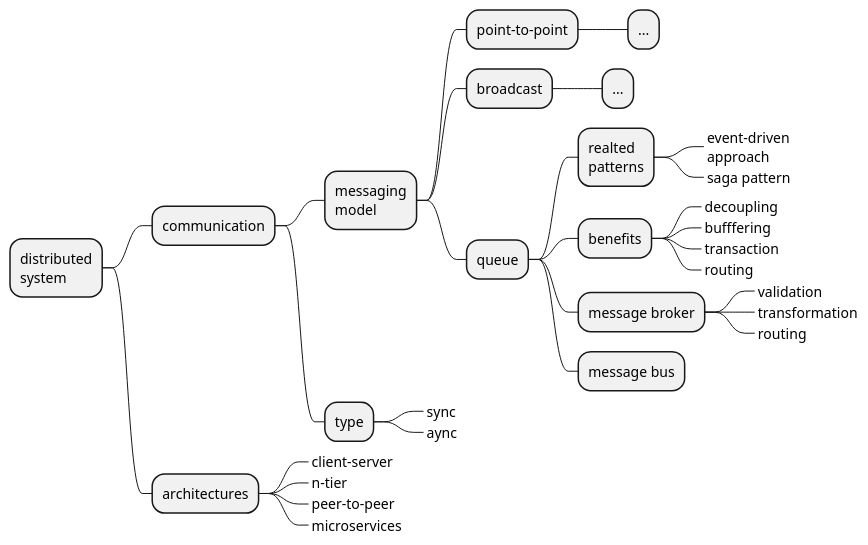
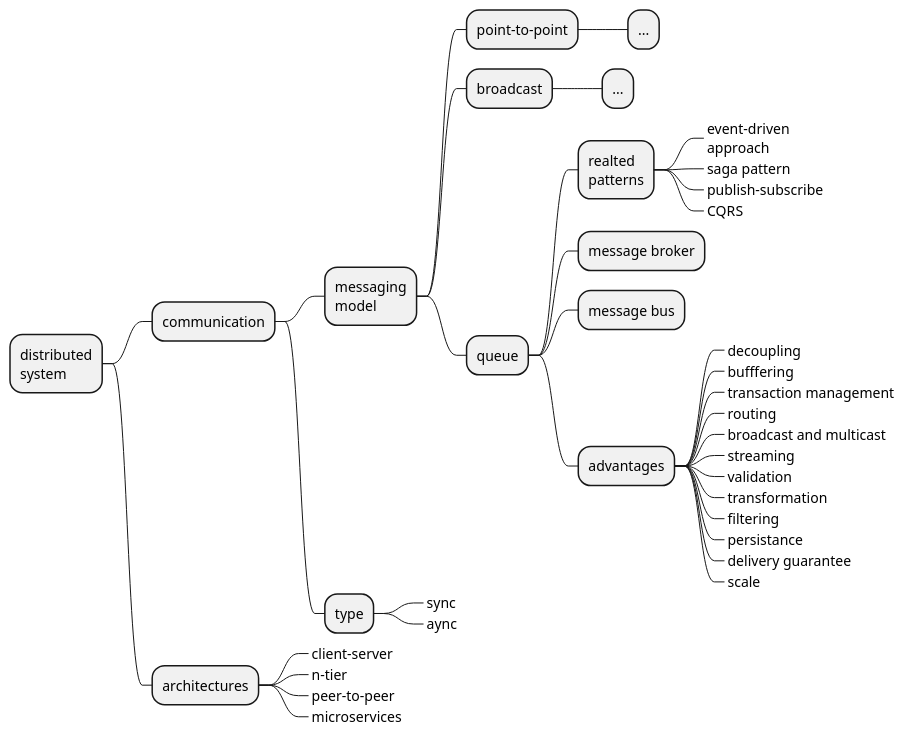
The diagram in messaging-roadmap.iuml (levplotkin/messaging-roadmap), drawn with PlantUML before and after one commit.

```diff
--- a/messaging-roadmap.iuml
+++ b/messaging-roadmap.iuml
@@ -1,45 +1,50 @@
 @startmindmap
 
 + distributed\nsystem
 ++ communication
 
 +++ messaging\nmodel
 
 ++++ point-to-point
 +++++ ...
 
 ++++ broadcast
 +++++ ...
 
 ++++ queue
+
 +++++ realted\npatterns
 ++++++_ event-driven\napproach
 ++++++_ saga pattern
+++++++_ publish–subscribe
+++++++_ CQRS
 
-+++++ benefits
++++++ message broker
+
++++++ message bus
+
++++++ advantages
 ++++++_ decoupling
 ++++++_ bufffering
-++++++_ transaction
+++++++_ transaction management
 ++++++_ routing
-
-
-
-
-+++++ message broker
+++++++_ broadcast and multicast
+++++++_ streaming
 ++++++_ validation
 ++++++_ transformation
-++++++_ routing
-
-+++++ message bus
+++++++_ filtering
+++++++_ persistance
+++++++_ delivery guarantee
+++++++_ scale
 
 +++ type
 ++++_ sync
 ++++_ aync
 
 ++ architectures
 +++_ client–server
 +++_ n-tier
 +++_ peer-to-peer
 +++_ microservices
 
 @endmindmap
```
